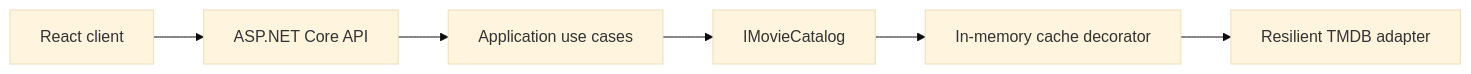
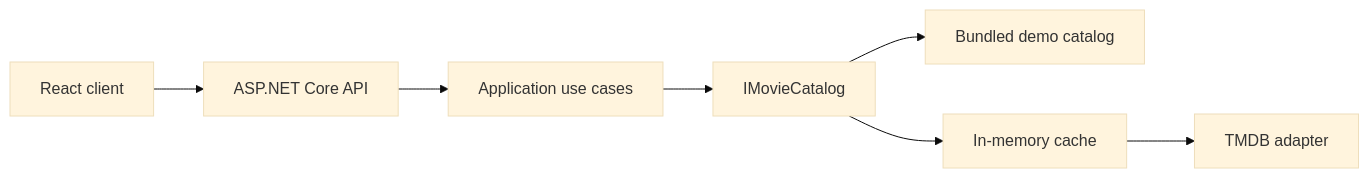
Before and after one commit to sbargach/watch-compass: the diagram in README.md, drawn with Mermaid (base theme). The commit also changed other lines of this file and 54 other files, not shown here.

````diff
--- a/README.md
+++ b/README.md
@@ -101,8 +78,9 @@
 ```mermaid
 flowchart LR
     UI[React client] --> API[ASP.NET Core API]
     API --> APP[Application use cases]
     APP --> PORT[IMovieCatalog]
-    PORT --> CACHE[In-memory cache decorator]
-    CACHE --> TMDB[Resilient TMDB adapter]
+    PORT --> DEMO[Bundled demo catalog]
+    PORT --> CACHE[In-memory cache]
+    CACHE --> TMDB[TMDB adapter]
 ```
````
